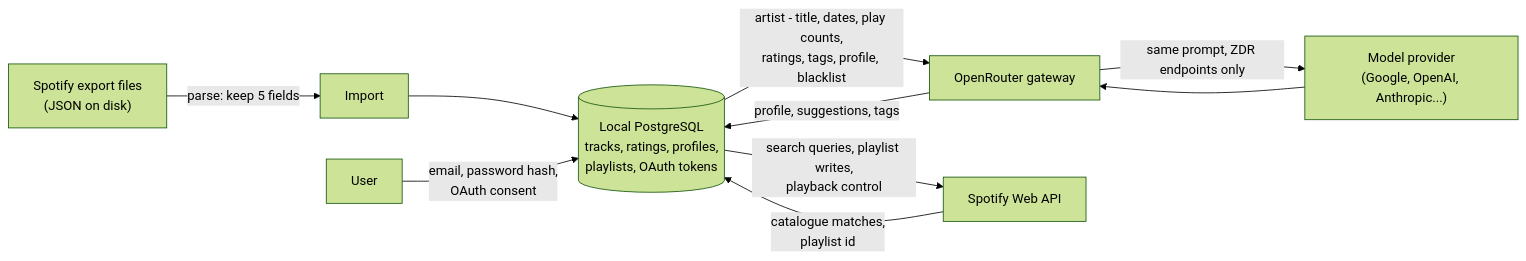
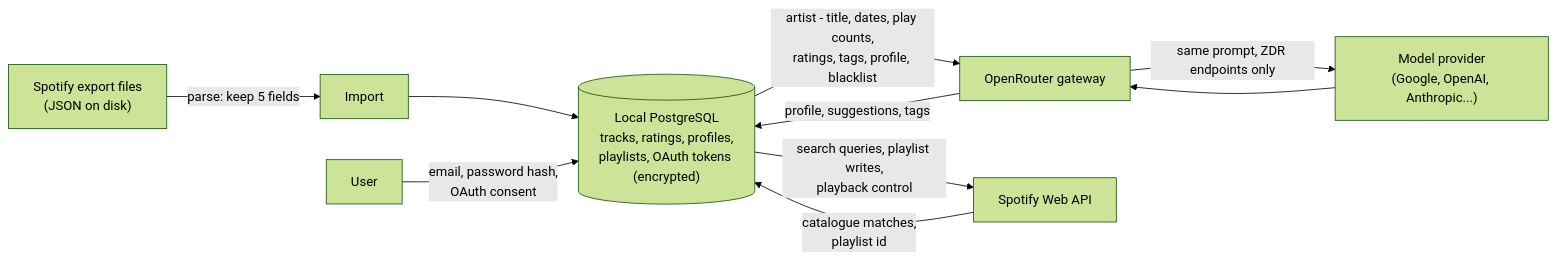
Before and after one commit to ychab/museflow: the diagram in docs/technical/privacy-and-data.md, drawn with Mermaid (forest theme). The commit also changed other lines of this file and 33 other files, not shown here.

````diff
--- a/docs/technical/privacy-and-data.md
+++ b/docs/technical/privacy-and-data.md
@@ -5,12 +5,12 @@
 ```mermaid
 flowchart LR
     EXP["Spotify export files<br/>(JSON on disk)"] -->|"parse: keep 5 fields"| IMP["Import"]
-    IMP --> DB[("Local PostgreSQL<br/>tracks, ratings, profiles,<br/>playlists, OAuth tokens")]
+    IMP --> DB[("Local PostgreSQL<br/>tracks, ratings, profiles,<br/>playlists, OAuth tokens (encrypted)")]
     DB -->|"artist - title, dates, play counts,<br/>ratings, tags, profile, blacklist"| ORT["OpenRouter gateway"]
     ORT -->|"same prompt, ZDR endpoints only"| LLM["Model provider<br/>(Google, OpenAI, Anthropic...)"]
     LLM --> ORT
     ORT -->|"profile, suggestions, tags"| DB
     DB -->|"search queries, playlist writes,<br/>playback control"| SPO["Spotify Web API"]
     SPO -->|"catalogue matches,<br/>playlist id"| DB
     U["User"] -->|"email, password hash,<br/>OAuth consent"| DB
 ```
````
